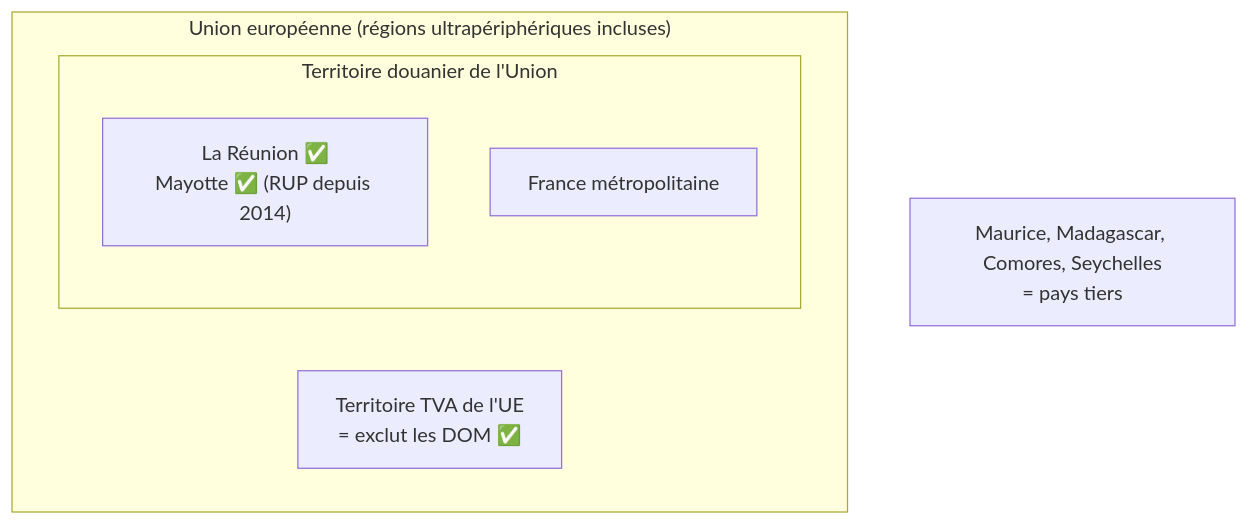
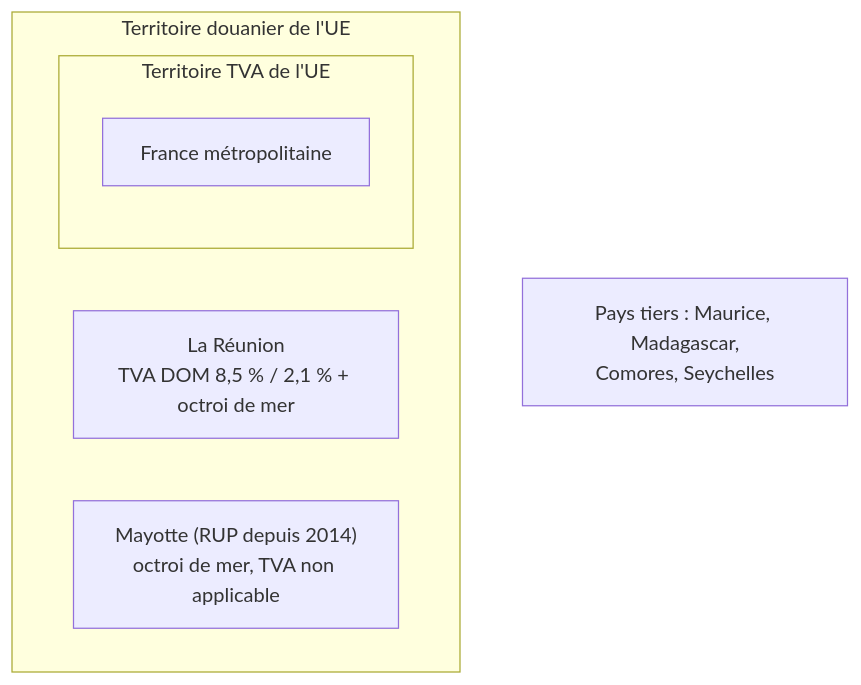
Before and after one commit to houzaifahr974-cyber/houzaifahr974-cyber: the first of 2 diagrams in masterclass-cross-trade/A2-cours-modules-6-a-10.md, drawn with Mermaid. The commit also changed 19 other files, not shown here.

````diff
--- a/masterclass-cross-trade/A2-cours-modules-6-a-10.md
+++ b/masterclass-cross-trade/A2-cours-modules-6-a-10.md
@@ -305,11 +305,11 @@
 ```mermaid
 flowchart TB
-    subgraph UE["Union européenne (régions ultrapériphériques incluses)"]
-        subgraph TD["Territoire douanier de l'Union"]
-            REU["La Réunion ✅<br/>Mayotte ✅ (RUP depuis 2014)"]
+    subgraph TD["Territoire douanier de l'UE"]
+        subgraph TVA["Territoire TVA de l'UE"]
             MET["France métropolitaine"]
         end
-        TVA["Territoire TVA de l'UE<br/>= exclut les DOM ✅"]
+        REU["La Réunion<br/>TVA DOM 8,5 % / 2,1 % + octroi de mer"]
+        MAY["Mayotte (RUP depuis 2014)<br/>octroi de mer, TVA non applicable"]
     end
-    MU["Maurice, Madagascar, Comores, Seychelles<br/>= pays tiers"]
+    MU["Pays tiers : Maurice, Madagascar,<br/>Comores, Seychelles"]
 ```
````
